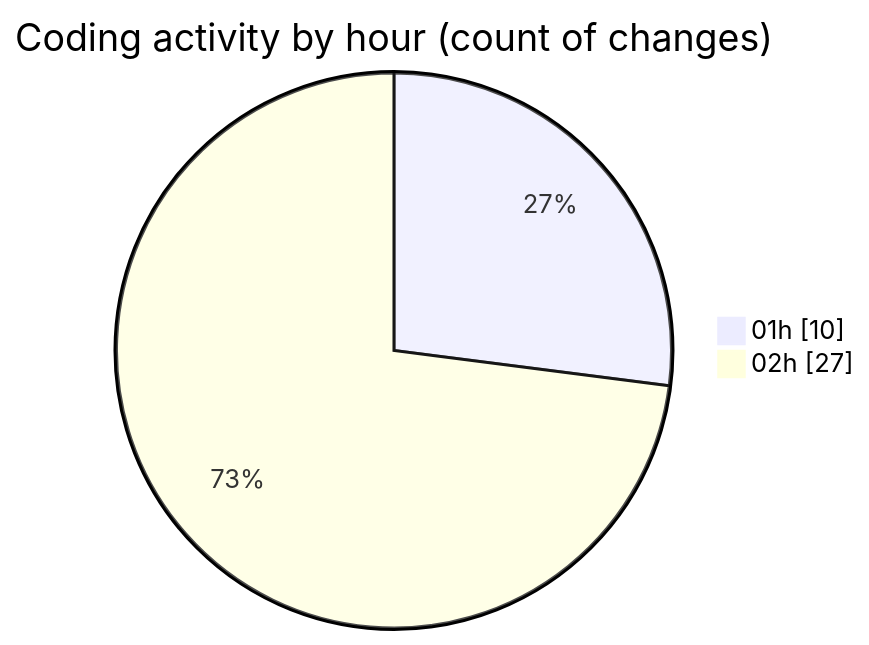
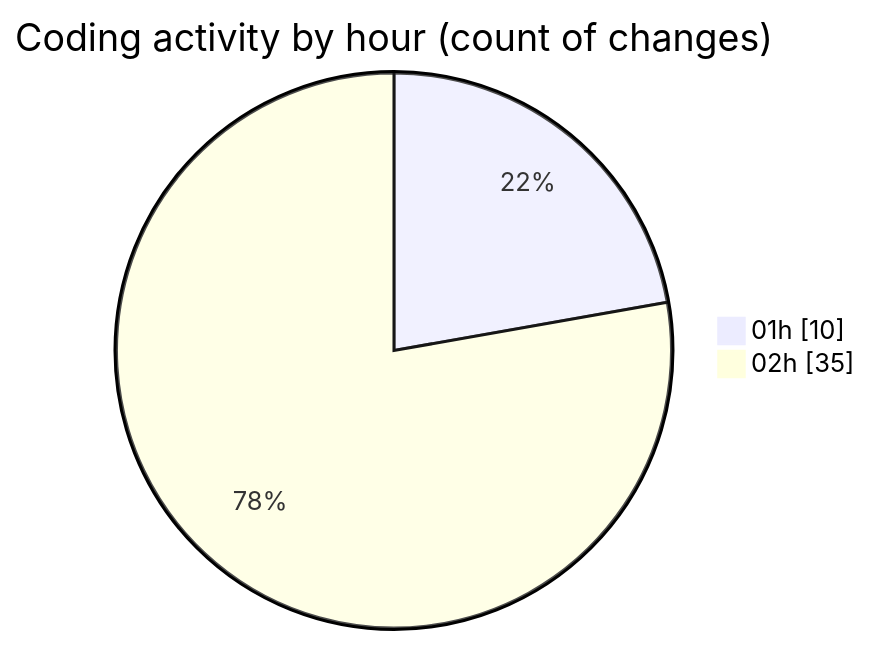
One commit to julien-gomy/code-tracking changed the second of 2 diagrams in 2025-11-21/eventscop-frontend-guide__workspace_/README.md. Above: the diagram before and after it, drawn with Mermaid. The commit also changed other lines of this file and 1 other file, not shown here.

````diff
--- a/2025-11-21/eventscop-frontend-guide__workspace_/README.md
+++ b/2025-11-21/eventscop-frontend-guide__workspace_/README.md
@@ -48,6 +52,6 @@
 ```mermaid
 pie showData
 title Coding activity by hour (count of changes)
 "01h" : 10
-"02h" : 27
+"02h" : 35
 ```
````
